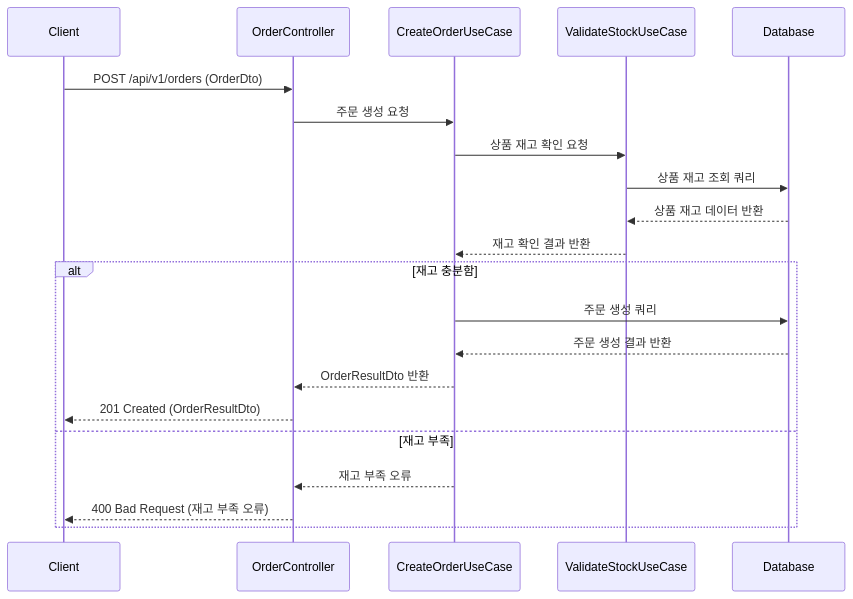
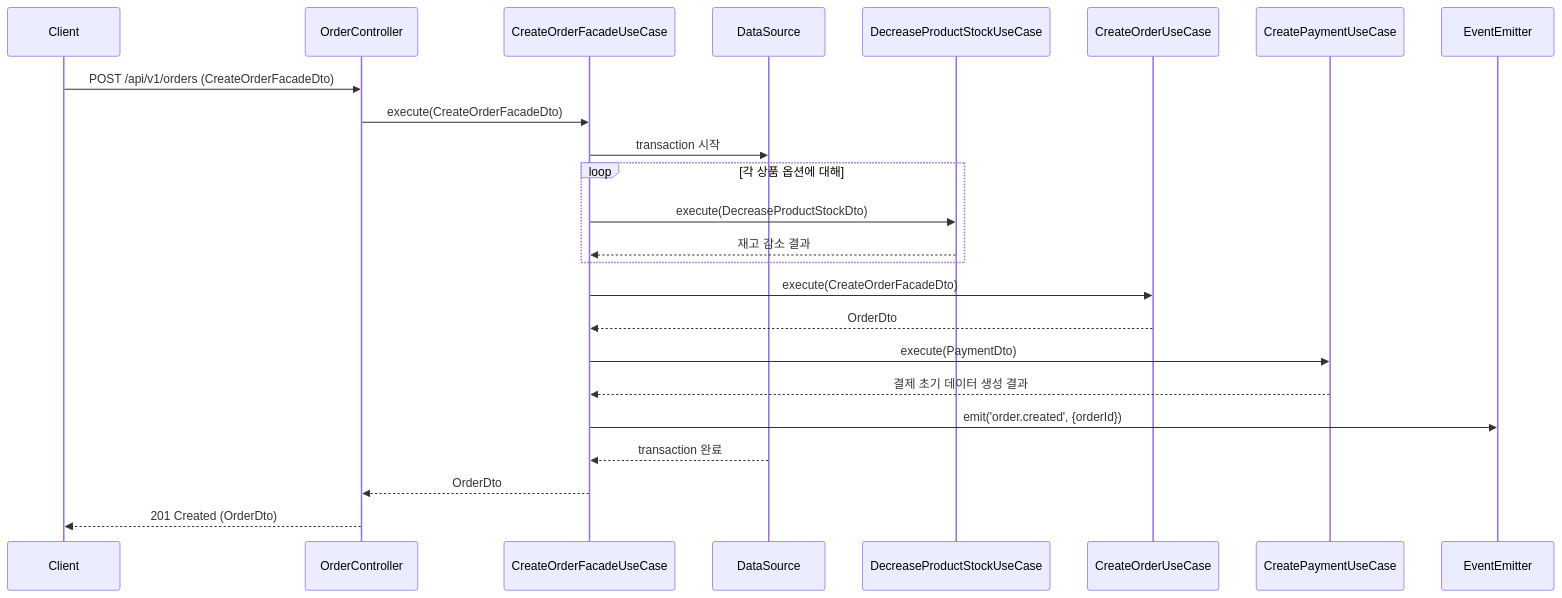
One commit to saint6839/hh-e-commerce changed the sixth of 11 diagrams in README.md. Above: the diagram before and after it, drawn with Mermaid. The commit also changed other lines of this file, not shown here.

Commit message:
docs: README.md 시퀀스 다이어그램 수정 사항 반영

````diff
--- a/README.md
+++ b/README.md
@@ -78,18 +67,18 @@
 ```mermaid
 sequenceDiagram
-  Client ->> OrderController: POST /api/v1/orders (OrderDto)
-  OrderController ->> CreateOrderUseCase: 주문 생성 요청
-  CreateOrderUseCase ->> ValidateStockUseCase: 상품 재고 확인 요청
-  ValidateStockUseCase ->> Database: 상품 재고 조회 쿼리
-  Database -->> ValidateStockUseCase: 상품 재고 데이터 반환
-  ValidateStockUseCase -->> CreateOrderUseCase: 재고 확인 결과 반환
-  alt 재고 충분함
-    CreateOrderUseCase ->> Database: 주문 생성 쿼리
-    Database -->> CreateOrderUseCase: 주문 생성 결과 반환
-    CreateOrderUseCase -->> OrderController: OrderResultDto 반환
-    OrderController -->> Client: 201 Created (OrderResultDto)
-  else 재고 부족
-    CreateOrderUseCase -->> OrderController: 재고 부족 오류
-    OrderController -->> Client: 400 Bad Request (재고 부족 오류)
-  end
+    Client->>OrderController: POST /api/v1/orders (CreateOrderFacadeDto)
+    OrderController->>CreateOrderFacadeUseCase: execute(CreateOrderFacadeDto)
+    CreateOrderFacadeUseCase->>DataSource: transaction 시작
+    loop 각 상품 옵션에 대해
+        CreateOrderFacadeUseCase->>DecreaseProductStockUseCase: execute(DecreaseProductStockDto)
+        DecreaseProductStockUseCase-->>CreateOrderFacadeUseCase: 재고 감소 결과
+    end
+    CreateOrderFacadeUseCase->>CreateOrderUseCase: execute(CreateOrderFacadeDto)
+    CreateOrderUseCase-->>CreateOrderFacadeUseCase: OrderDto
+    CreateOrderFacadeUseCase->>CreatePaymentUseCase: execute(PaymentDto)
+    CreatePaymentUseCase-->>CreateOrderFacadeUseCase: 결제 초기 데이터 생성 결과
+    CreateOrderFacadeUseCase->>EventEmitter: emit('order.created', {orderId})
+    DataSource-->>CreateOrderFacadeUseCase: transaction 완료
+    CreateOrderFacadeUseCase-->>OrderController: OrderDto
+    OrderController-->>Client: 201 Created (OrderDto)
 ```
````
